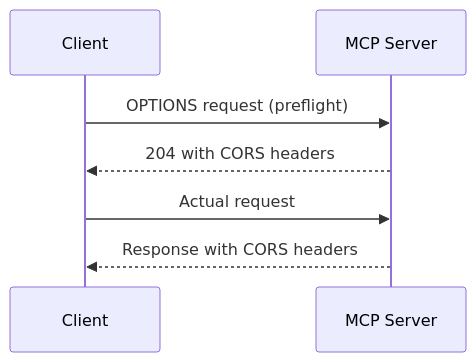
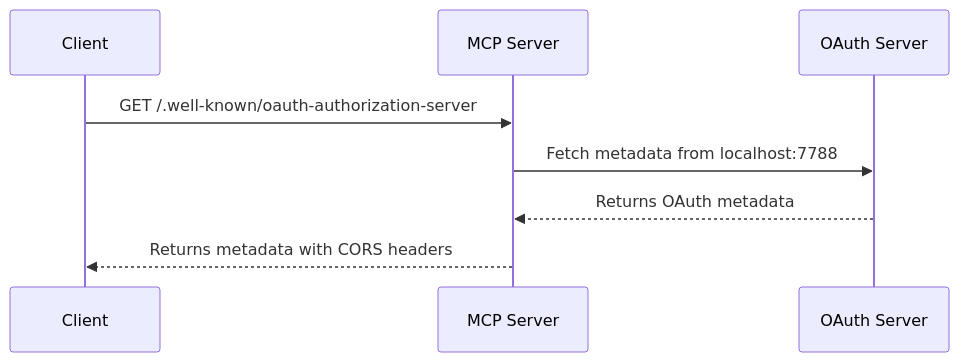
One commit to rubenpenap/mcp-auth changed the diagram in playground/README.mdx. Above: the diagram before and after it, drawn with Mermaid. The commit also changed other lines of this file and 4 other files, not shown here.

First line of the commit message:
feat: update package name and implement OAuth server metadata endpoint in README and code

````diff
--- a/playground/README.mdx
+++ b/playground/README.mdx
@@ -44,7 +44,7 @@
 ```mermaid
 sequenceDiagram
-    Client->>MCP Server: OPTIONS request (preflight)
-    MCP Server-->>Client: 204 with CORS headers
-    Client->>MCP Server: Actual request
-    MCP Server-->>Client: Response with CORS headers
+    Client->>MCP Server: GET /.well-known/oauth-authorization-server
+    MCP Server->>OAuth Server: Fetch metadata from localhost:7788
+    OAuth Server-->>MCP Server: Returns OAuth metadata
+    MCP Server-->>Client: Returns metadata with CORS headers
 ```
````
